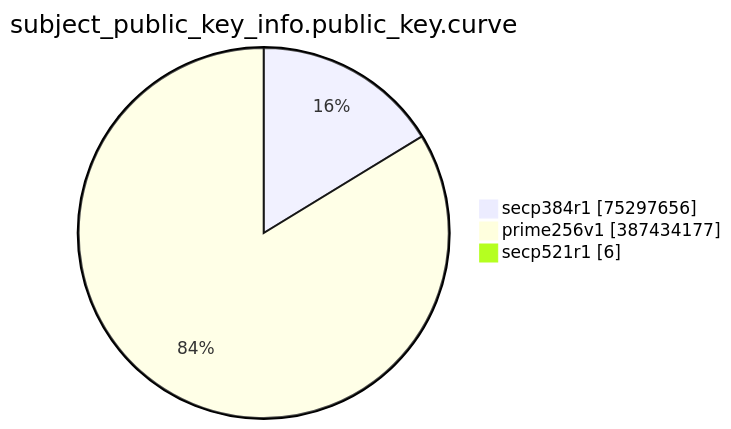
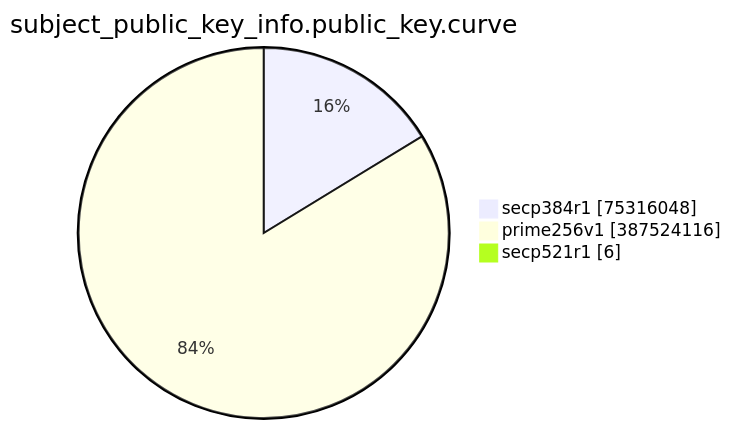
Before and after one commit to christiankrug/ctmonitor_visualization: the eighth of 15 diagrams in TOTAL/README.md, drawn with Mermaid. The commit also changed other lines of this file, not shown here.

````diff
--- a/TOTAL/README.md
+++ b/TOTAL/README.md
@@ -3094,7 +3094,7 @@
 ```mermaid
 pie showData
 title subject_public_key_info.public_key.curve
-"secp384r1" :75297656
-"prime256v1" :387434177
+"secp384r1" :75316048
+"prime256v1" :387524116
 "secp521r1" :6
 ```
````
